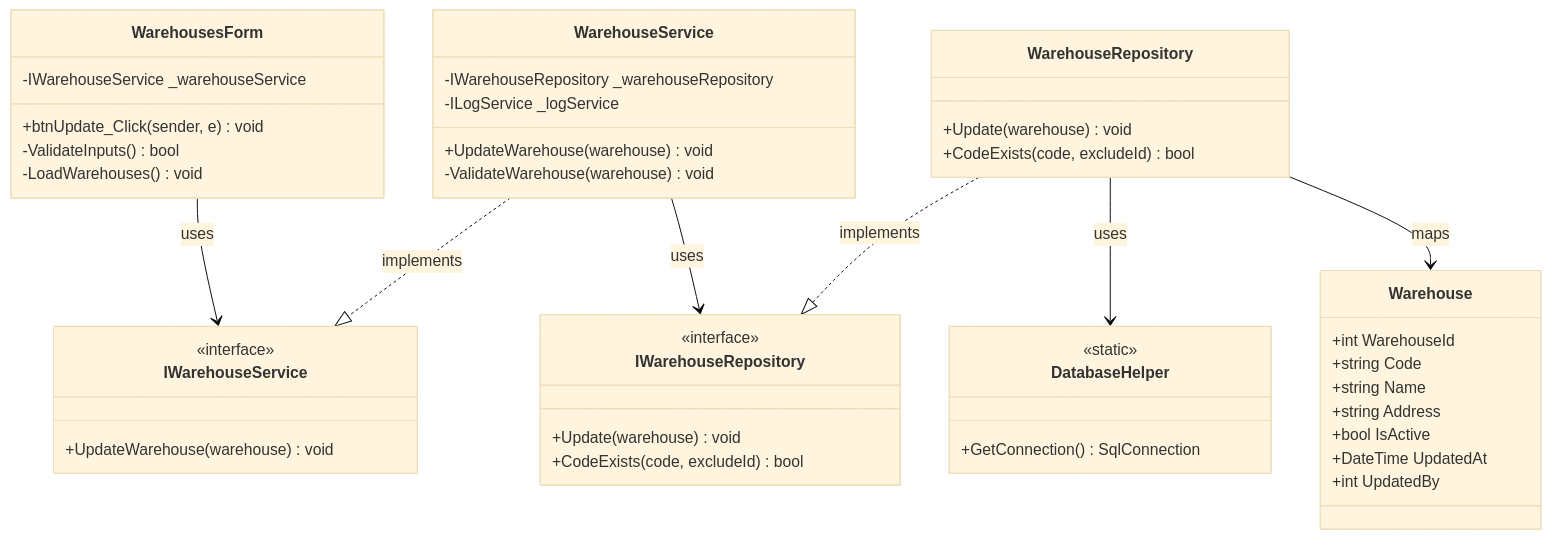
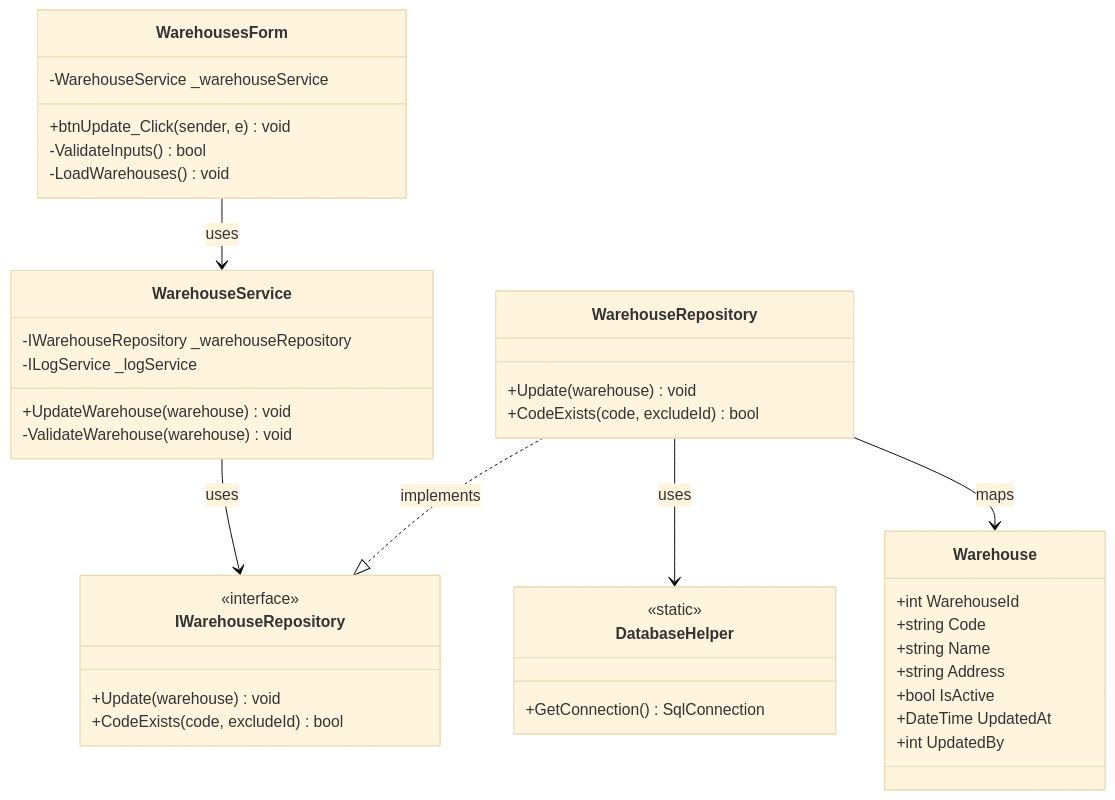
Diagram 11 of 12 in Documentation/UML_Diagrams/16_Warehouses_UseCases.md (nahuk86/tp_diploma_nk_2026), drawn with Mermaid (base theme) before and after one commit. The commit also changed other lines of this file and 5 other files, not shown here.

First line of the commit message:
Fix UML documentation: remove non-existent BLL service interfaces

````diff
--- a/Documentation/UML_Diagrams/16_Warehouses_UseCases.md
+++ b/Documentation/UML_Diagrams/16_Warehouses_UseCases.md
@@ -413,54 +383,49 @@
 ```mermaid
 classDiagram
     class WarehousesForm {
-        -IWarehouseService _warehouseService
+        -WarehouseService _warehouseService
         +btnUpdate_Click(sender, e) void
         -ValidateInputs() bool
         -LoadWarehouses() void
     }
 
-    class IWarehouseService {
-        <<interface>>
-        +UpdateWarehouse(warehouse) void
-    }
 
     class WarehouseService {
         -IWarehouseRepository _warehouseRepository
         -ILogService _logService
         +UpdateWarehouse(warehouse) void
         -ValidateWarehouse(warehouse) void
     }
 
     class IWarehouseRepository {
         <<interface>>
         +Update(warehouse) void
         +CodeExists(code, excludeId) bool
     }
 
     class WarehouseRepository {
         +Update(warehouse) void
         +CodeExists(code, excludeId) bool
     }
 
     class DatabaseHelper {
         <<static>>
         +GetConnection() SqlConnection
     }
 
     class Warehouse {
         +int WarehouseId
         +string Code
         +string Name
         +string Address
         +bool IsActive
         +DateTime UpdatedAt
         +int UpdatedBy
     }
 
-    WarehousesForm --> IWarehouseService : uses
-    WarehouseService ..|> IWarehouseService : implements
+    WarehousesForm --> WarehouseService : uses
     WarehouseService --> IWarehouseRepository : uses
     WarehouseRepository ..|> IWarehouseRepository : implements
     WarehouseRepository --> DatabaseHelper : uses
     WarehouseRepository --> Warehouse : maps
 ```
````
